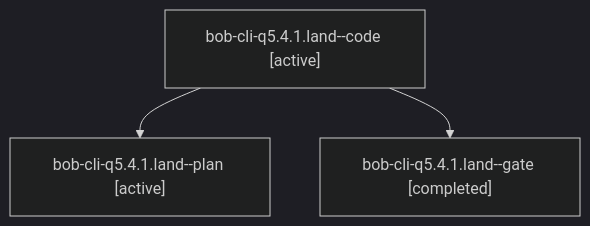
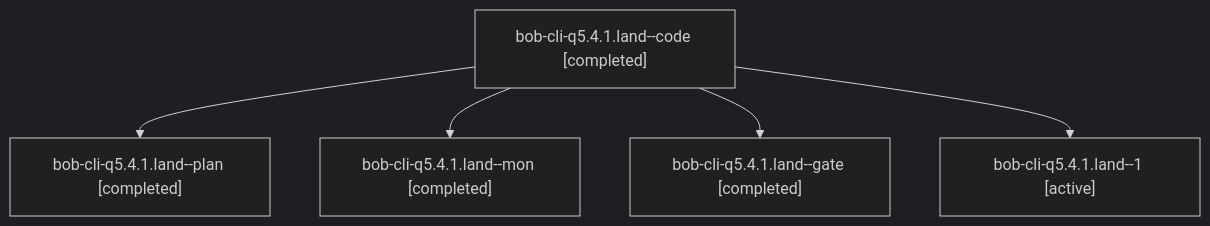
One commit to bobs-org/bob-cli--agents changed the diagram in sessions/bbugyi200.athena.bob-cli-q5.4.1.land.md. Above: the diagram before and after it, drawn with Mermaid (dark theme). The commit also changed other lines of this file and 168 other files, not shown here.

````diff
--- a/sessions/bbugyi200.athena.bob-cli-q5.4.1.land.md
+++ b/sessions/bbugyi200.athena.bob-cli-q5.4.1.land.md
@@ -9,8 +9,12 @@
 ```mermaid
 flowchart TD
-  n0["bob-cli-q5.4.1.land--code [active]"]
-  n1["bob-cli-q5.4.1.land--plan [active]"]
+  n0["bob-cli-q5.4.1.land--code [completed]"]
+  n1["bob-cli-q5.4.1.land--plan [completed]"]
   n0 --> n1
-  n2["bob-cli-q5.4.1.land--gate [completed]"]
+  n2["bob-cli-q5.4.1.land--mon [completed]"]
   n0 --> n2
+  n3["bob-cli-q5.4.1.land--gate [completed]"]
+  n0 --> n3
+  n4["bob-cli-q5.4.1.land--1 [active]"]
+  n0 --> n4
 ```
````
